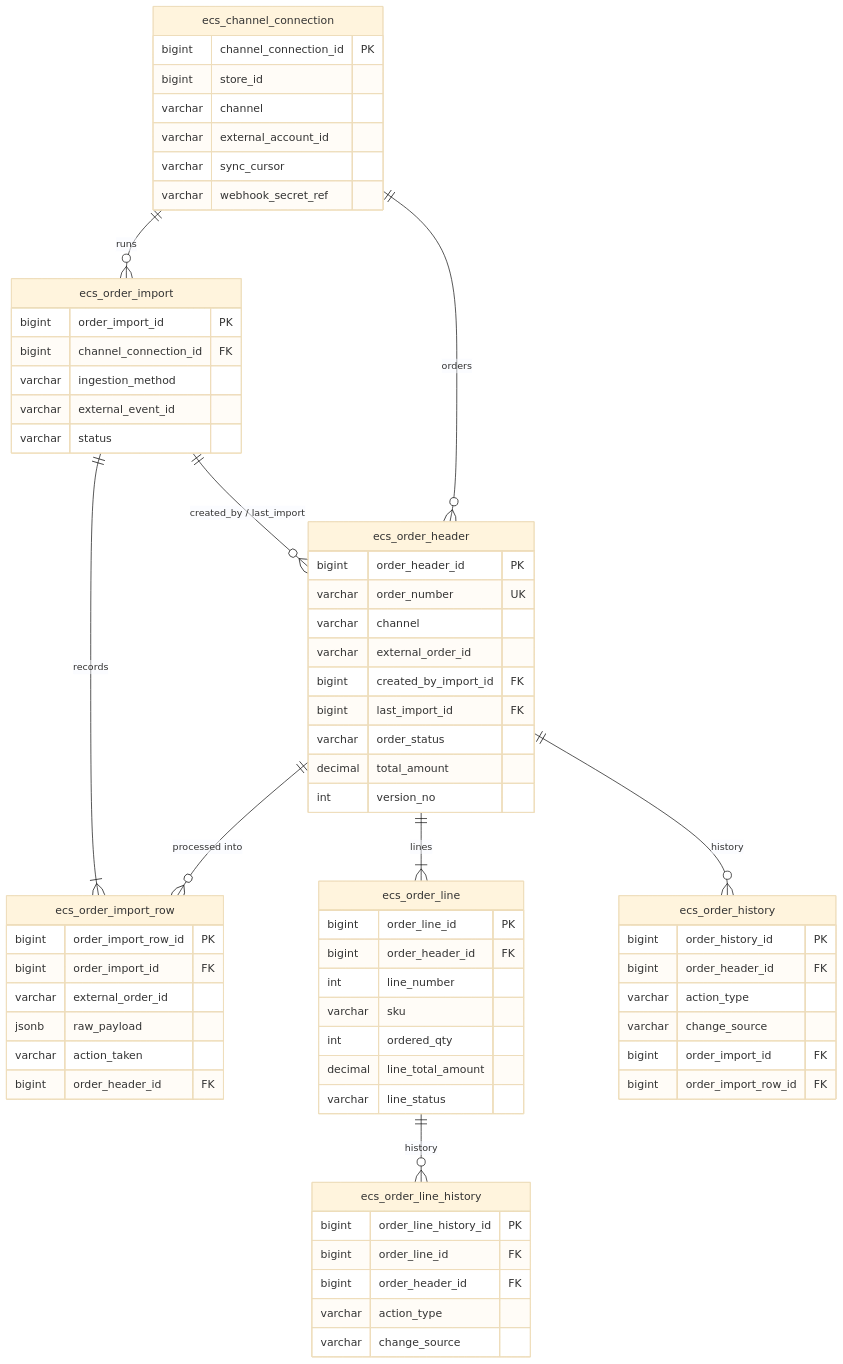
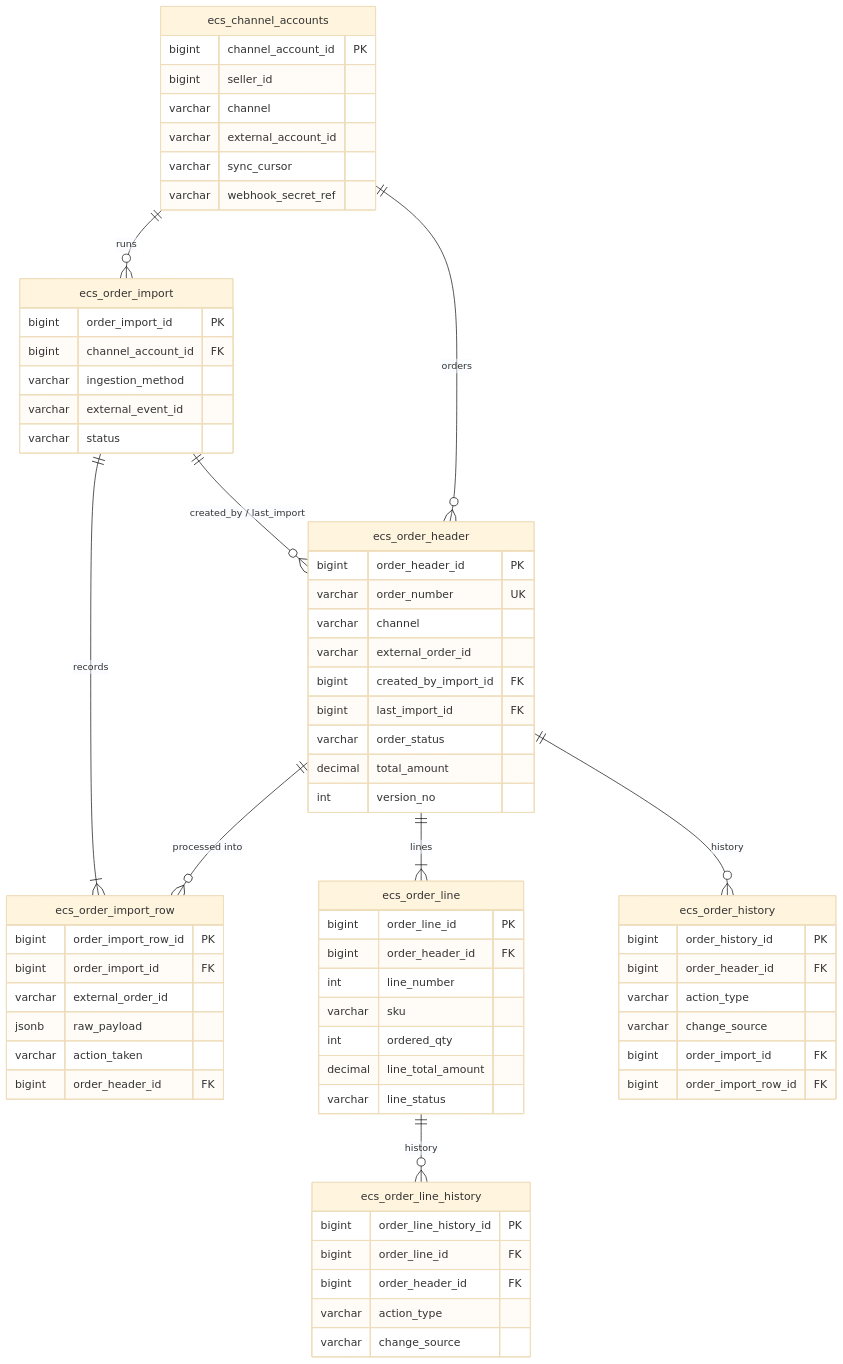
The diagram in docs/order-erd.md (priyamchauhanwork/ecomsellercentral), drawn with Mermaid (base theme) before and after one commit. The commit also changed other lines of this file and 16 other files, not shown here.

First line of the commit message:
refactor(db): merge channel connection into channel accounts; orders belong to sellers

````diff
--- a/docs/order-erd.md
+++ b/docs/order-erd.md
@@ -36,70 +36,70 @@
 ```mermaid
 erDiagram
-    ecs_channel_connection ||--o{ ecs_order_import : "runs"
-    ecs_channel_connection ||--o{ ecs_order_header : "orders"
+    ecs_channel_accounts ||--o{ ecs_order_import : "runs"
+    ecs_channel_accounts ||--o{ ecs_order_header : "orders"
     ecs_order_import ||--|{ ecs_order_import_row : "records"
     ecs_order_import ||--o{ ecs_order_header : "created_by / last_import"
     ecs_order_header ||--o{ ecs_order_import_row : "processed into"
     ecs_order_header ||--|{ ecs_order_line : "lines"
     ecs_order_header ||--o{ ecs_order_history : "history"
     ecs_order_line ||--o{ ecs_order_line_history : "history"
 
-    ecs_channel_connection {
-        bigint channel_connection_id PK
-        bigint store_id
+    ecs_channel_accounts {
+        bigint channel_account_id PK
+        bigint seller_id
         varchar channel
         varchar external_account_id
         varchar sync_cursor
         varchar webhook_secret_ref
     }
     ecs_order_import {
         bigint order_import_id PK
-        bigint channel_connection_id FK
+        bigint channel_account_id FK
         varchar ingestion_method
         varchar external_event_id
         varchar status
     }
     ecs_order_import_row {
         bigint order_import_row_id PK
         bigint order_import_id FK
         varchar external_order_id
         jsonb raw_payload
         varchar action_taken
         bigint order_header_id FK
     }
     ecs_order_header {
         bigint order_header_id PK
         varchar order_number UK
         varchar channel
         varchar external_order_id
         bigint created_by_import_id FK
         bigint last_import_id FK
         varchar order_status
         decimal total_amount
         int version_no
     }
     ecs_order_line {
         bigint order_line_id PK
         bigint order_header_id FK
         int line_number
         varchar sku
         int ordered_qty
         decimal line_total_amount
         varchar line_status
     }
     ecs_order_history {
         bigint order_history_id PK
         bigint order_header_id FK
         varchar action_type
         varchar change_source
         bigint order_import_id FK
         bigint order_import_row_id FK
     }
     ecs_order_line_history {
         bigint order_line_history_id PK
         bigint order_line_id FK
         bigint order_header_id FK
         varchar action_type
         varchar change_source
     }
 ```
````
